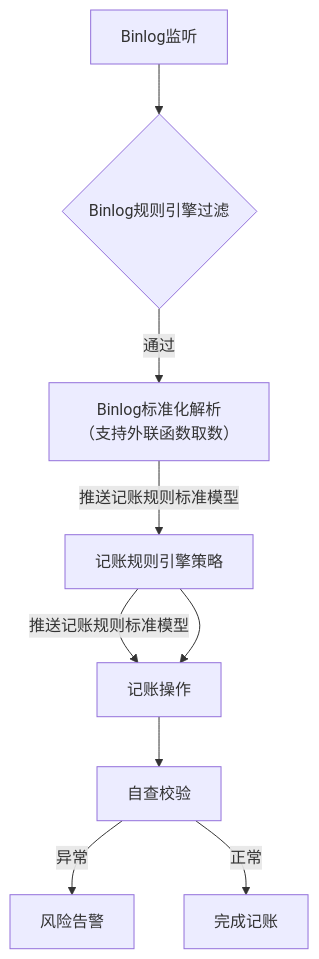
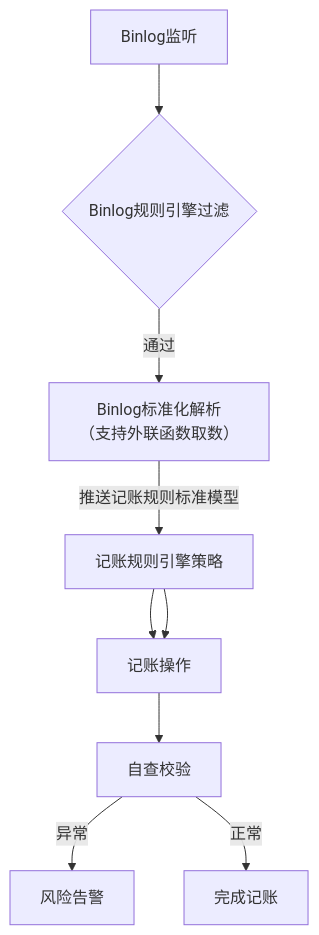
Before and after one commit to 87828943/iodraw-files: the diagram in all/架构流程.md, drawn with Mermaid.

Commit message:
2025-07-07 11:26:10 update

````diff
--- a/all/架构流程.md
+++ b/all/架构流程.md
@@ -1,12 +1,12 @@
 ```mermaid
 graph TD
     A[Binlog监听] --> B{Binlog规则引擎过滤}
     B -->|通过| C[Binlog标准化解析
     （支持外联函数取数）]
     C --> |推送记账规则标准模型|D[记账规则引擎策略]
-    D --> |推送记账规则标准模型|E[记账规则引擎策略]
+    D --> E[记账规则引擎策略]
     D --> E[记账操作]
     E --> F[自查校验]
     F -->|异常| G[风险告警]
     F -->|正常| H[完成记账]
 ```
````
